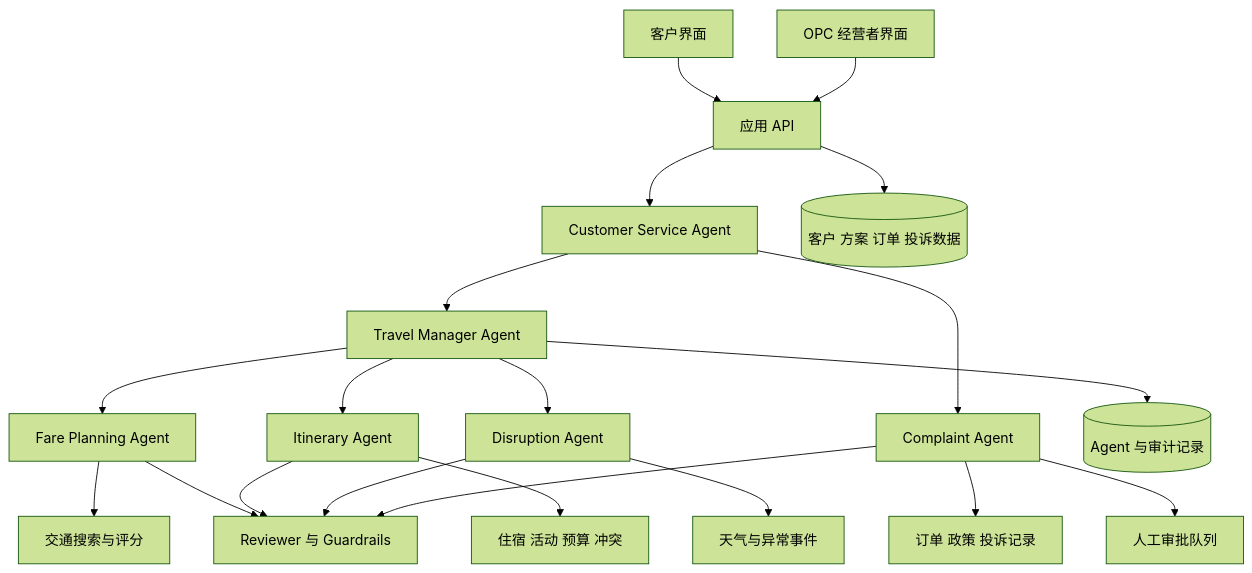
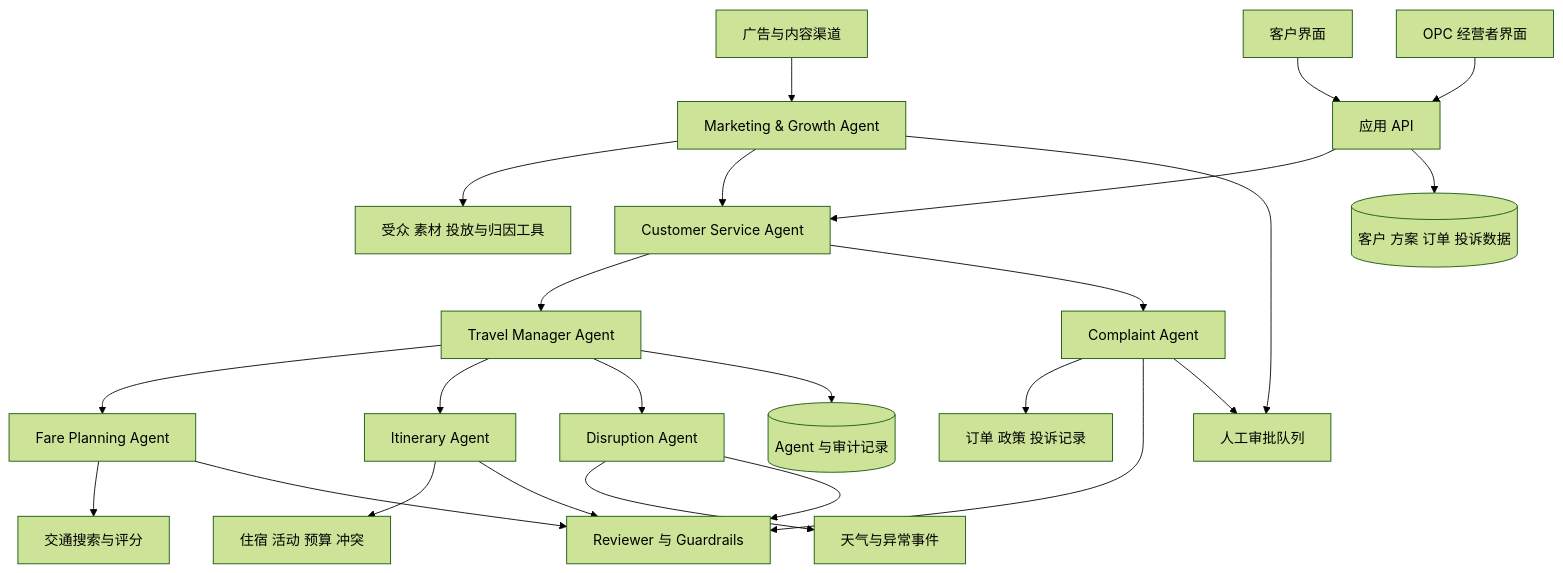
The second of 4 diagrams in README.zh-CN.md (jiahengguo/Thu-11-13-Group6), drawn with Mermaid (forest theme) before and after one commit. The commit also changed other lines of this file and 1 other file, not shown here.

````diff
--- a/README.zh-CN.md
+++ b/README.zh-CN.md
@@ -113,22 +114,26 @@
 ```mermaid
 flowchart TB
+    Channels[广告与内容渠道] --> Growth[Marketing & Growth Agent]
+    Growth --> CampaignTools[受众 素材 投放与归因工具]
+    Growth --> Service
+    Growth --> Human
     Customer[客户界面] --> API[应用 API]
     Operator[OPC 经营者界面] --> API
     API --> Service[Customer Service Agent]
     Service --> Manager[Travel Manager Agent]
     Service --> Complaint[Complaint Agent]
     Manager --> Fare[Fare Planning Agent]
     Manager --> Itinerary[Itinerary Agent]
     Manager --> Disruption[Disruption Agent]
     Fare --> TransportTools[交通搜索与评分]
     Itinerary --> PlanTools[住宿 活动 预算 冲突]
     Disruption --> EventTools[天气与异常事件]
     Complaint --> SupportTools[订单 政策 投诉记录]
     Fare --> Review[Reviewer 与 Guardrails]
     Itinerary --> Review
     Disruption --> Review
     Complaint --> Review
     API --> Data[(客户 方案 订单 投诉数据)]
     Manager --> Trace[(Agent 与审计记录)]
     Complaint --> Human[人工审批队列]
 ```
````
